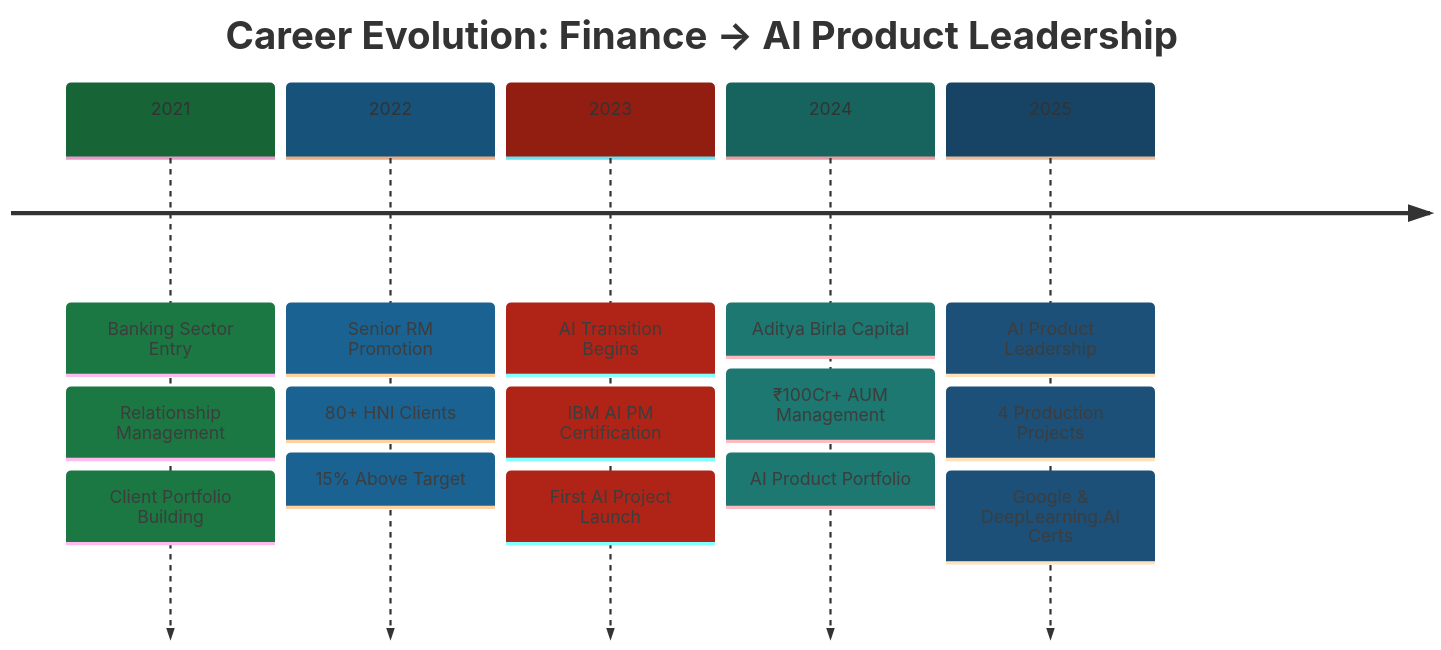
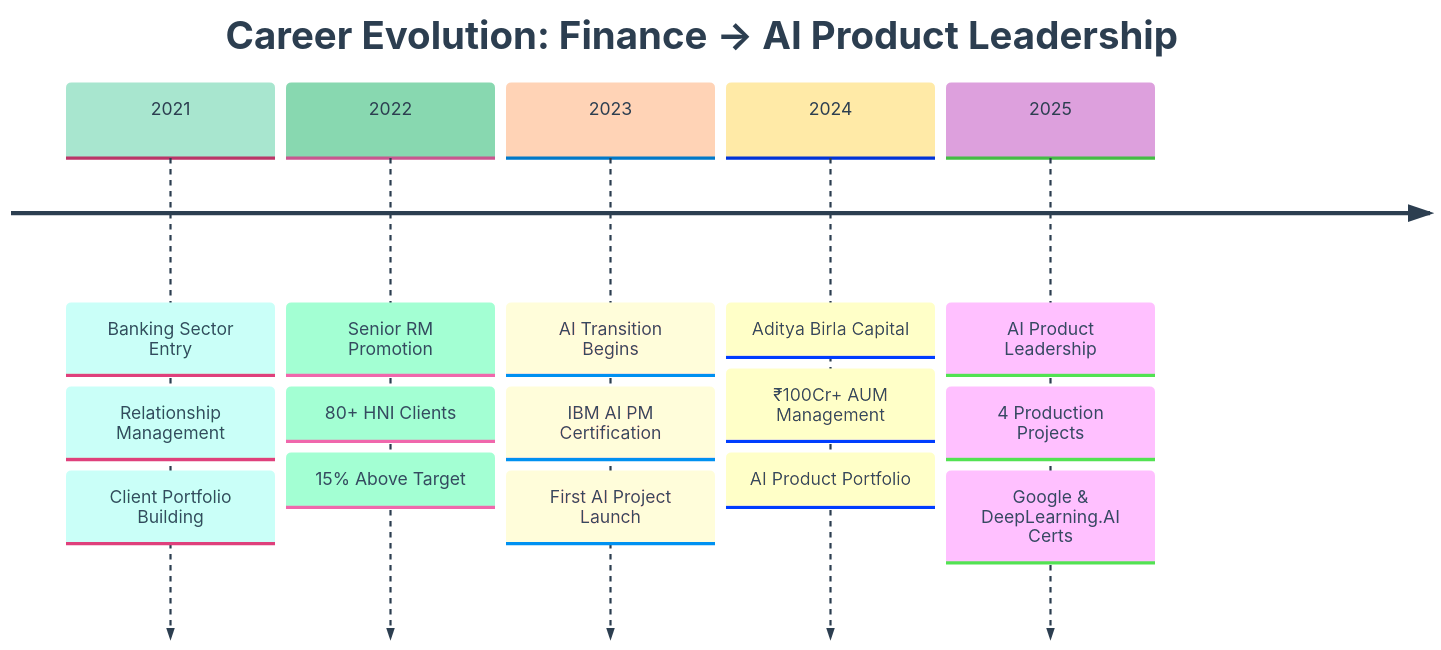
Before and after one commit to VIKAS9793/VIKAS9793: the first of 3 diagrams in README.md, drawn with Mermaid. The commit also changed other lines of this file, not shown here.

Commit message:
style: Update mermaid diagrams with soft pastel colors for better text visibility

````diff
--- a/README.md
+++ b/README.md
@@ -256,20 +256,20 @@
 ```mermaid
-%%{init: {'theme':'base', 'themeVariables': {'primaryColor':'#2ecc71','secondaryColor':'#3498db','tertiaryColor':'#e74c3c','primaryTextColor':'#333','lineColor':'#00D9FF'}}}%%
+%%{init: {'theme':'base', 'themeVariables': {'primaryColor':'#A8E6CF','secondaryColor':'#88D8B0','tertiaryColor':'#FFD3B6','primaryTextColor':'#2C3E50','secondaryTextColor':'#2C3E50','tertiaryTextColor':'#2C3E50','lineColor':'#5DADE2','cScale0':'#A8E6CF','cScale1':'#88D8B0','cScale2':'#FFD3B6','cScale3':'#FFEAA7','cScale4':'#DDA0DD'}}}%%
 timeline
     title Career Evolution: Finance → AI Product Leadership
     2021 : Banking Sector Entry
          : Relationship Management
          : Client Portfolio Building
     2022 : Senior RM Promotion
          : 80+ HNI Clients
          : 15% Above Target
     2023 : AI Transition Begins
          : IBM AI PM Certification
          : First AI Project Launch
     2024 : Aditya Birla Capital
          : ₹100Cr+ AUM Management
          : AI Product Portfolio
     2025 : AI Product Leadership
          : 4 Production Projects
          : Google & DeepLearning.AI Certs
 ```
````
